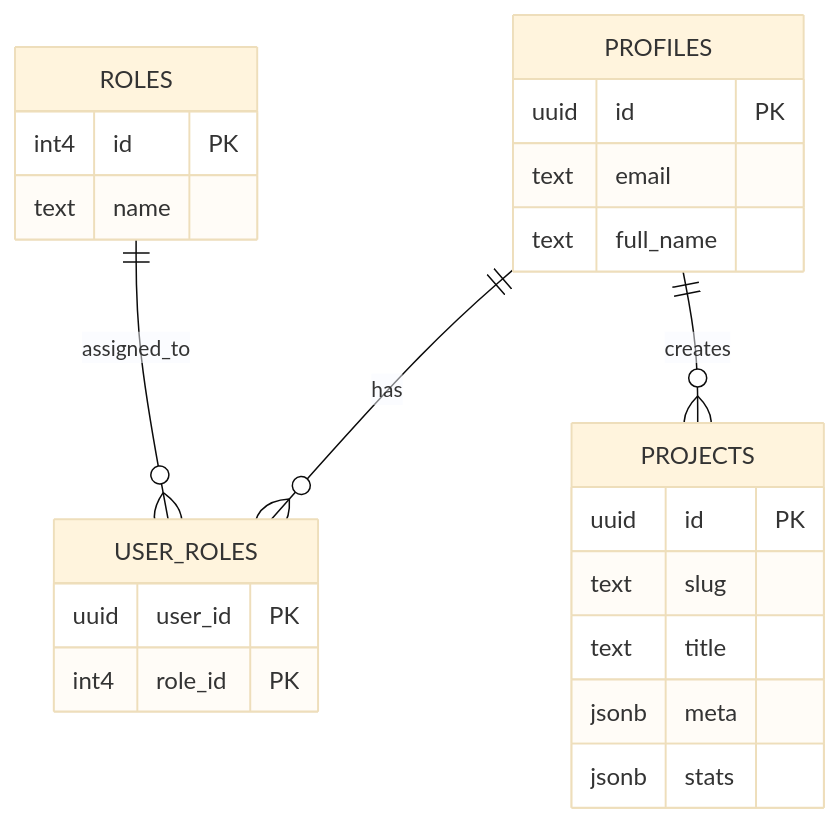
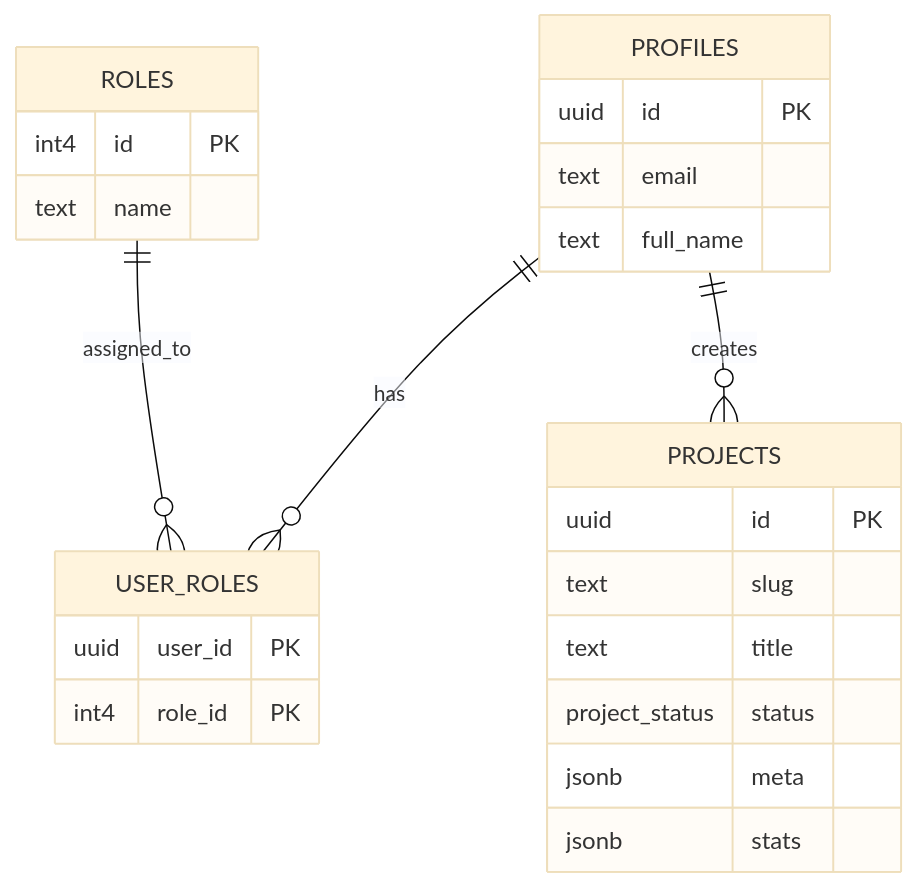
One commit to zamkara/shell changed the diagram in apps/api/docs/DATABASE_SCHEMA.md. Above: the diagram before and after it, drawn with Mermaid (base theme). The commit also changed other lines of this file and 125 other files, not shown here.

````diff
--- a/apps/api/docs/DATABASE_SCHEMA.md
+++ b/apps/api/docs/DATABASE_SCHEMA.md
@@ -7,30 +7,31 @@
 ```mermaid
 erDiagram
     PROFILES ||--o{ USER_ROLES : has
     ROLES ||--o{ USER_ROLES : assigned_to
     PROFILES ||--o{ PROJECTS : creates
 
     PROFILES {
         uuid id PK
         text email
         text full_name
     }
 
     ROLES {
         int4 id PK
         text name
     }
 
     USER_ROLES {
         uuid user_id PK
         int4 role_id PK
     }
 
     PROJECTS {
         uuid id PK
         text slug
         text title
+        project_status status
         jsonb meta
         jsonb stats
     }
 ```
````
